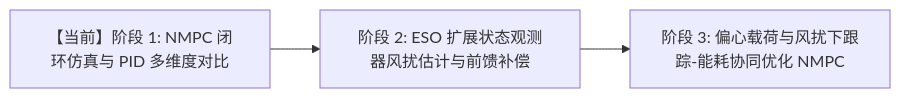
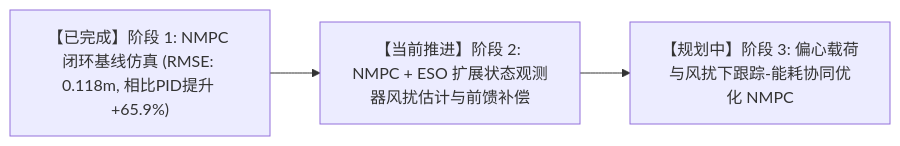
Before and after one commit to martubuntu/quadrotor_mpc: the first of 2 diagrams in README.md, drawn with Mermaid. The commit also changed other lines of this file and 6 other files, not shown here.

Commit message:
feat(eso): integrate ESO disturbance observer and online data feedforward for NMPC

````diff
--- a/README.md
+++ b/README.md
@@ -9,5 +11,5 @@
 ```mermaid
 graph LR
-    Stage1["【当前】阶段 1: NMPC 闭环仿真与 PID 多维度对比"] --> Stage2["阶段 2: ESO 扩展状态观测器风扰估计与前馈补偿"]
-    Stage2 --> Stage3["阶段 3: 偏心载荷与风扰下跟踪-能耗协同优化 NMPC"]
+    Stage1["【已完成】阶段 1: NMPC 闭环基线仿真 (RMSE: 0.118m, 相比PID提升 +65.9%)"] --> Stage2["【当前推进】阶段 2: NMPC + ESO 扩展状态观测器风扰估计与前馈补偿"]
+    Stage2 --> Stage3["【规划中】阶段 3: 偏心载荷与风扰下跟踪-能耗协同优化 NMPC"]
 ```
````
